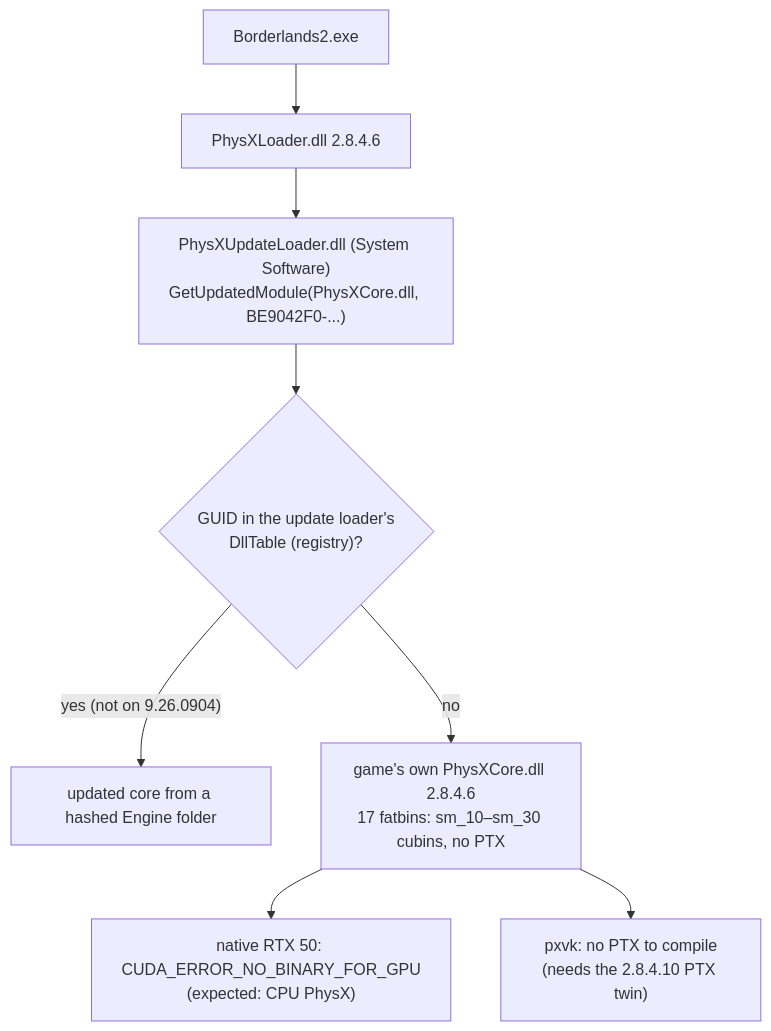
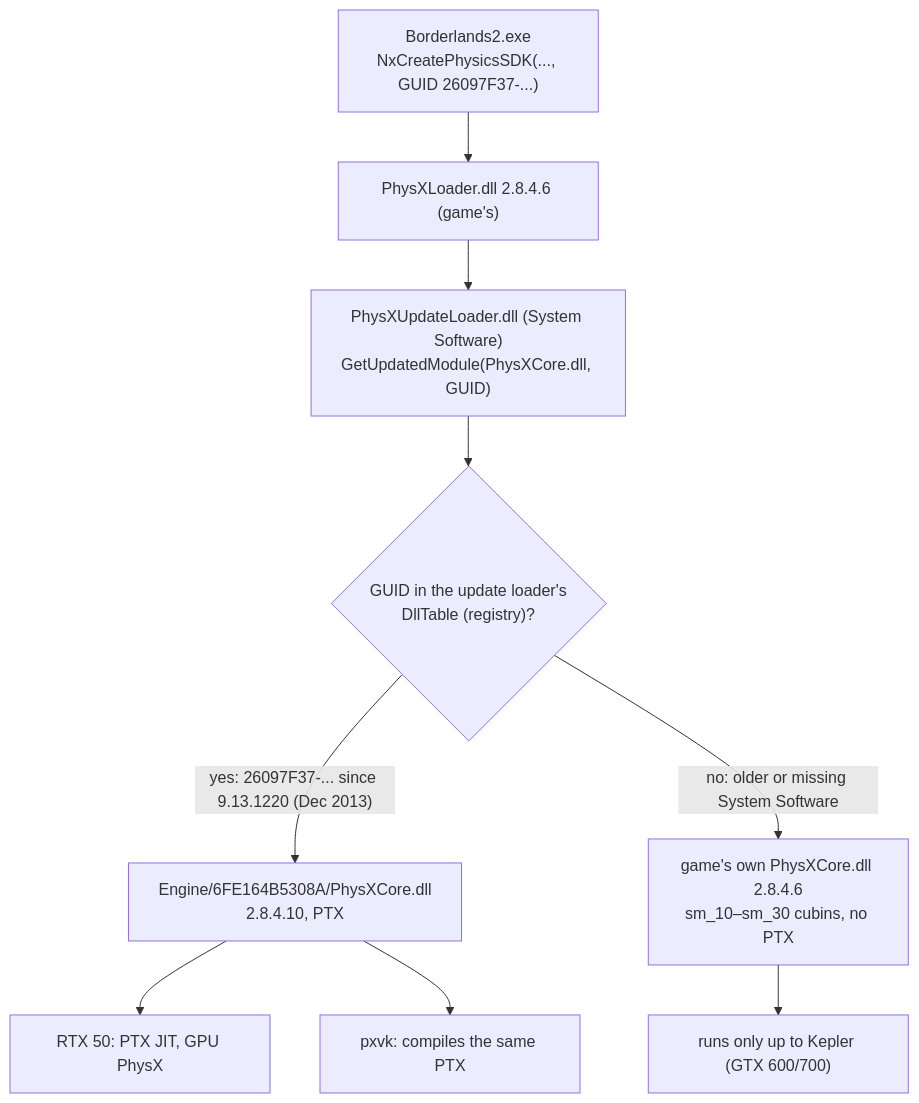
The fourth of 4 diagrams in docs/nvidia-32bit-physx.md (Peter0x44/pxvk), drawn with Mermaid before and after one commit. The commit also changed other lines of this file and 1 other file, not shown here.

First line of the commit message:
Correct how Borderlands 2 gets its PhysX core

````diff
--- a/docs/nvidia-32bit-physx.md
+++ b/docs/nvidia-32bit-physx.md
@@ -243,10 +247,11 @@
 ```mermaid
 flowchart TB
-    game["Borderlands2.exe"] --> pl["PhysXLoader.dll 2.8.4.6"]
-    pl --> ul["PhysXUpdateLoader.dll (System Software)<br/>GetUpdatedModule(PhysXCore.dll, BE9042F0-...)"]
+    game["Borderlands2.exe<br/>NxCreatePhysicsSDK(..., GUID 26097F37-...)"] --> pl["PhysXLoader.dll 2.8.4.6 (game's)"]
+    pl --> ul["PhysXUpdateLoader.dll (System Software)<br/>GetUpdatedModule(PhysXCore.dll, GUID)"]
     ul --> tbl{"GUID in the update loader's<br/>DllTable (registry)?"}
-    tbl -- "yes (not on 9.26.0904)" --> upd["updated core from a hashed Engine folder"]
-    tbl -- no --> local["game's own PhysXCore.dll 2.8.4.6<br/>17 fatbins: sm_10–sm_30 cubins, no PTX"]
-    local --> native["native RTX 50: CUDA_ERROR_NO_BINARY_FOR_GPU<br/>(expected: CPU PhysX)"]
-    local --> pxvk["pxvk: no PTX to compile<br/>(needs the 2.8.4.10 PTX twin)"]
+    tbl -- "yes: 26097F37-... since 9.13.1220 (Dec 2013)" --> upd["Engine/6FE164B5308A/PhysXCore.dll<br/>2.8.4.10, PTX"]
+    tbl -- "no: older or missing System Software" --> local["game's own PhysXCore.dll 2.8.4.6<br/>sm_10–sm_30 cubins, no PTX"]
+    upd --> rtx50["RTX 50: PTX JIT, GPU PhysX"]
+    upd --> pxvk["pxvk: compiles the same PTX"]
+    local --> old["runs only up to Kepler (GTX 600/700)"]
 ```
````
